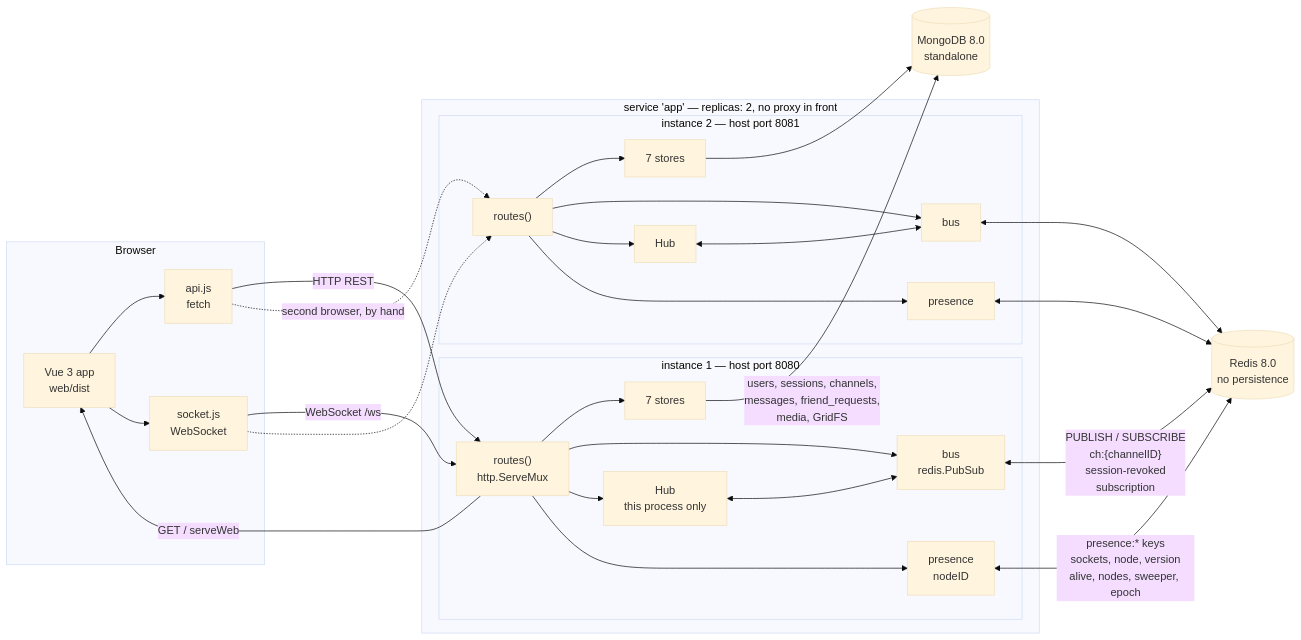
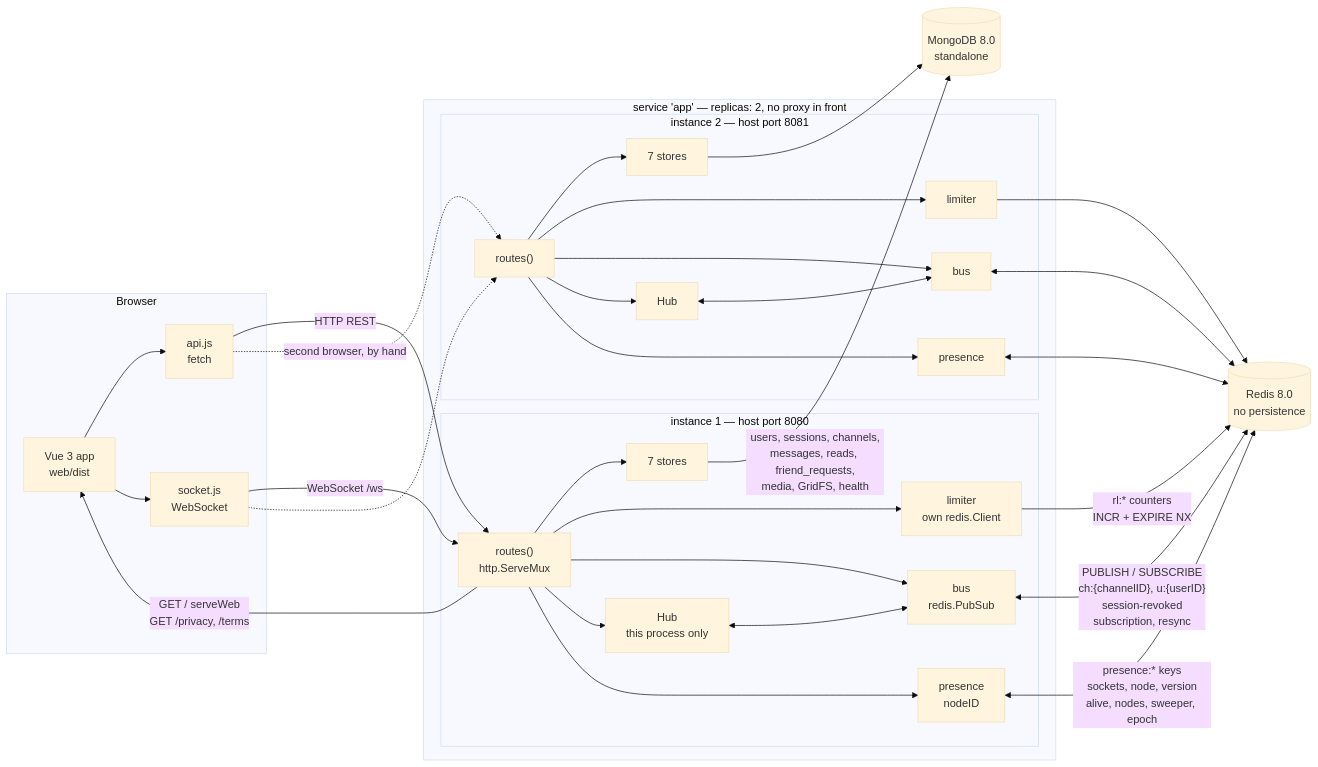
Before and after one commit to hdmtrn/nosql-messenger: the diagram in docs/diagrams/system.mmd, drawn with Mermaid (base theme). The commit also changed 11 other files, not shown here.

```diff
--- a/docs/diagrams/system.mmd
+++ b/docs/diagrams/system.mmd
@@ -1,56 +1,63 @@
 %% Whole system: Vue client, two Go instances, Redis, MongoDB.
 %% Exact Redis key and topic formats are in the README tables.
 %% Sources: docker-compose.yml, Dockerfile, server/main.go, server/server.go,
-%% server/bus.go, server/presence.go, web/src/api.js, web/src/socket.js
+%% server/bus.go, server/presence.go, server/ratelimit.go, server/legal.go,
+%% web/src/api.js, web/src/socket.js
 flowchart LR
   subgraph client["Browser"]
     vue["Vue 3 app<br/>web/dist"]
     apijs["api.js<br/>fetch"]
     wsjs["socket.js<br/>WebSocket"]
     vue --> apijs
     vue --> wsjs
   end
 
   subgraph app["service 'app' — replicas: 2, no proxy in front"]
     subgraph n1["instance 1 — host port 8080"]
       mux1["routes()<br/>http.ServeMux"]
       hub1["Hub<br/>this process only"]
       bus1["bus<br/>redis.PubSub"]
       pres1["presence<br/>nodeID"]
       st1["7 stores"]
+      lim1["limiter<br/>own redis.Client"]
       mux1 --> st1
+      mux1 --> lim1
       mux1 --> bus1
       mux1 --> hub1
       hub1 <--> bus1
       mux1 --> pres1
     end
     subgraph n2["instance 2 — host port 8081"]
       mux2["routes()"]
       hub2["Hub"]
       bus2["bus"]
       pres2["presence"]
       st2["7 stores"]
+      lim2["limiter"]
       mux2 --> st2
+      mux2 --> lim2
       mux2 --> bus2
       mux2 --> hub2
       hub2 <--> bus2
       mux2 --> pres2
     end
   end
 
   redis[("Redis 8.0<br/>no persistence")]
   mongo[("MongoDB 8.0<br/>standalone")]
 
   apijs -->|"HTTP REST"| mux1
   wsjs -->|"WebSocket /ws"| mux1
   apijs -.->|"second browser, by hand"| mux2
   wsjs -.-> mux2
-  mux1 -->|"GET / serveWeb"| vue
+  mux1 -->|"GET / serveWeb<br/>GET /privacy, /terms"| vue
 
-  bus1 <-->|"PUBLISH / SUBSCRIBE<br/>ch:{channelID}<br/>session-revoked<br/>subscription"| redis
+  bus1 <-->|"PUBLISH / SUBSCRIBE<br/>ch:{channelID}, u:{userID}<br/>session-revoked<br/>subscription, resync"| redis
   bus2 <--> redis
   pres1 <-->|"presence:* keys<br/>sockets, node, version<br/>alive, nodes, sweeper, epoch"| redis
   pres2 <--> redis
+  lim1 -->|"rl:* counters<br/>INCR + EXPIRE NX"| redis
+  lim2 --> redis
 
-  st1 -->|"users, sessions, channels,<br/>messages, friend_requests,<br/>media, GridFS"| mongo
+  st1 -->|"users, sessions, channels,<br/>messages, reads, friend_requests,<br/>media, GridFS, health"| mongo
   st2 --> mongo
```
